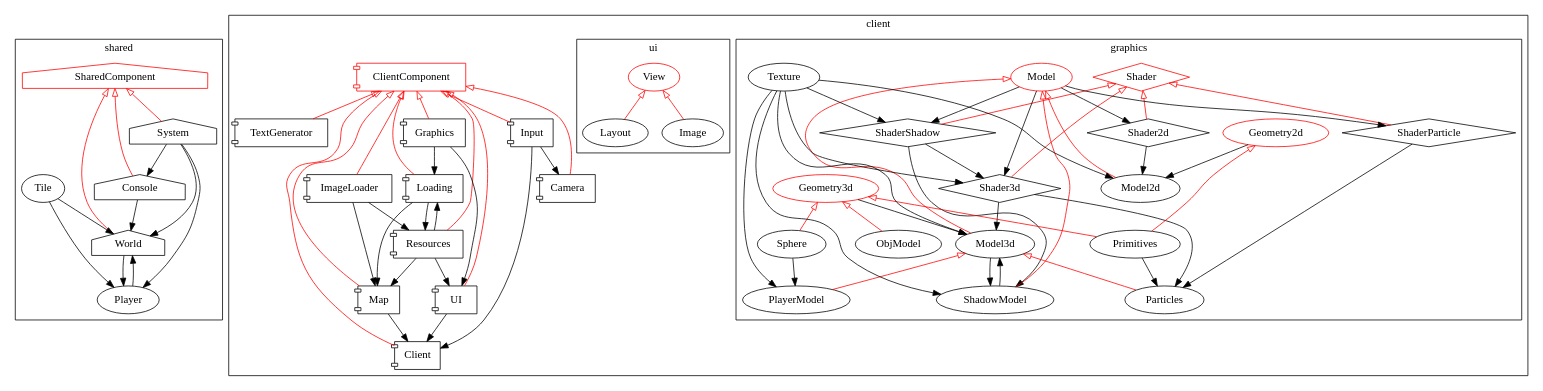
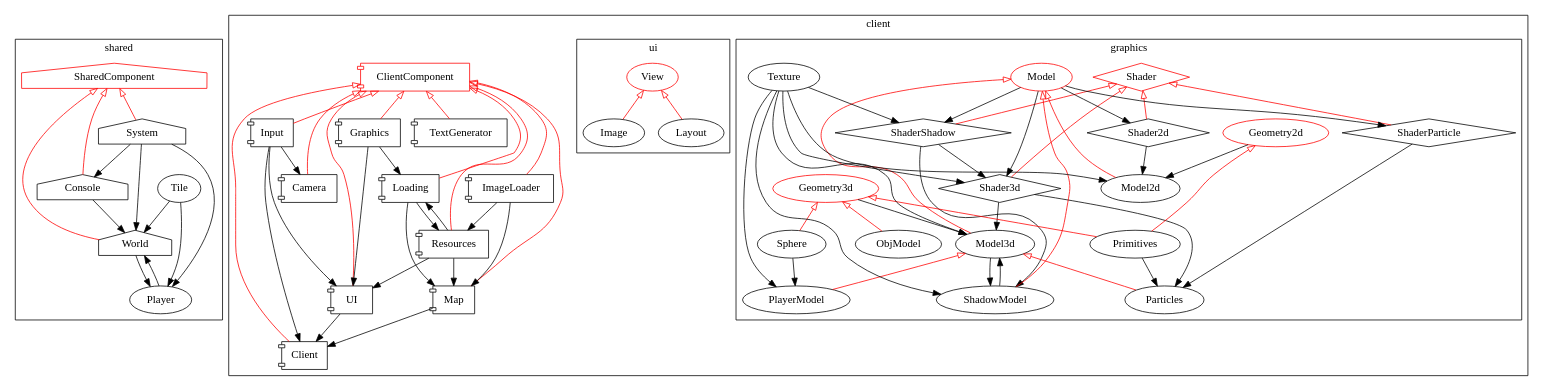
The diagram in graph.dot (AsGreyWolf/Teeworlds3d), drawn with Graphviz before and after one commit. The commit also changed 16 other files, not shown here.

```diff
--- a/graph.dot
+++ b/graph.dot
@@ -1,185 +1,186 @@
  digraph tee3d {
  	subgraph cluster_0 {
  		label="shared";
  		SharedComponent [shape=house color=red];
  		Console [shape=house];
 	 	System [shape=house];
 	 	World [shape=house];
 	 	Tile;
 	 	Player;
 		SharedComponent->Console[color=red arrowhead=none arrowtail=empty dir=back];
 		SharedComponent->System[color=red arrowhead=none arrowtail=empty dir=back];
 		SharedComponent->World[color=red arrowhead=none arrowtail=empty dir=back];
 		World->Player;
 		System->Player;
 		Tile->Player;
 		Player->World;
 		Tile->World;
 		Console->World;
 		System->World;
 		System->Console;
  	}
  	subgraph cluster_1 {
  		label="client";
 	 	ClientComponent [shape=component color=red];
 	 	Client [shape=component];
 	 	Graphics [shape=component];
 	 	Camera [shape=component];
 	 	Resources [shape=component];
 	 	Input [shape=component];
 	 	Map [shape=component];
 	 	TextGenerator [shape=component];
 	 	ImageLoader [shape=component];
 	 	Loading [shape=component];
 	 	UI [shape=component];
 
 		ClientComponent->Camera[color=red arrowhead=none arrowtail=empty dir=back];
 		ClientComponent->Client[color=red arrowhead=none arrowtail=empty dir=back];
 		ClientComponent->Graphics[color=red arrowhead=none arrowtail=empty dir=back];
 		ClientComponent->Resources[color=red arrowhead=none arrowtail=empty dir=back];
 		ClientComponent->Input[color=red arrowhead=none arrowtail=empty dir=back];
 		ClientComponent->Map[color=red arrowhead=none arrowtail=empty dir=back];
 		ClientComponent->TextGenerator[color=red arrowhead=none arrowtail=empty dir=back];
 		ClientComponent->ImageLoader[color=red arrowhead=none arrowtail=empty dir=back];
 		ClientComponent->Loading[color=red arrowhead=none arrowtail=empty dir=back];
 		ClientComponent->UI[color=red arrowhead=none arrowtail=empty dir=back];
 
 		Input->Client;
 		Input->Camera;
 		ImageLoader->Map;
 		ImageLoader->Resources->Map;
 		Loading->Map;
 		Loading->Resources;
 		Graphics->Loading;
 		Resources->Loading;
 		Graphics->UI;
 		Resources->UI;
+		Input->UI;
 		UI->Client;
 		Map->Client;
 
 	 	subgraph cluster_2 {
 	 		label="graphics";
 			Shader [shape=diamond color=red];
 			Shader3d [shape=diamond];
 			ShaderShadow [shape=diamond];
 			Shader2d [shape=diamond];
 			ShaderParticle [shape=diamond];
 			Model [color=red];
 			Geometry3d[color=red];
 			Geometry2d[color=red];
 			Model3d;
 			Model2d;
 			ShadowModel;
 			PlayerModel;
 			Particles;
 			ObjModel;
 			Primitives;
 			Sphere;
 			Texture;
 			Model->Model3d->PlayerModel[color=red arrowhead=none arrowtail=empty dir=back];
 			Model->ShadowModel[color=red arrowhead=none arrowtail=empty dir=back];
 			Model->Model2d[color=red arrowhead=none arrowtail=empty dir=back];
 			Shader->Shader3d[color=red arrowhead=none arrowtail=empty dir=back];
 			Shader->ShaderShadow[color=red arrowhead=none arrowtail=empty dir=back];
 			Shader->ShaderParticle[color=red arrowhead=none arrowtail=empty dir=back];
 			Shader->Shader2d[color=red arrowhead=none arrowtail=empty dir=back];
 			Geometry3d->ObjModel[color=red arrowhead=none arrowtail=empty dir=back];
 			Geometry3d->Primitives[color=red arrowhead=none arrowtail=empty dir=back];
 			Geometry3d->Sphere[color=red arrowhead=none arrowtail=empty dir=back];
 			Geometry2d->Primitives[color=red arrowhead=none arrowtail=empty dir=back];
 			Model3d->Particles[color=red arrowhead=none arrowtail=empty dir=back];
 
 			Shader3d->Model3d;
 			Texture->Model3d;
 			ShadowModel->Model3d;
 			Geometry3d->Model3d;
 			Shader2d->Model2d;
 			Texture->Model2d;
 			Geometry2d->Model2d;
 			Texture->PlayerModel;
 			Sphere->PlayerModel;
 			Model->Shader3d;
 			Texture->Shader3d;
 			ShaderShadow->Shader3d;
 			Model->Shader2d;
 			Texture->ShaderShadow;
 			Model->ShaderShadow;
 			Model->ShaderParticle;
 			Model3d->ShadowModel;
 			ShaderShadow->ShadowModel;
 			Texture->ShadowModel;
 			Shader3d->Particles;
 			ShaderParticle->Particles;
 			Primitives->Particles;
 	 	}
 	 	/*
 		Graphics->Model3d;
 		Graphics->Model2d;
 		Resources->PlayerModel;
 		Camera->Shader3d;
 		Graphics->Shader3d;
 		Graphics->Shader2d;
 		Shader->Graphics;
 		Camera->ShaderShadow;
 		Graphics->ShaderShadow;
 		Camera->ShaderParticle;
 		Graphics->ShaderParticle;
 		Loading->PlayerModel;
 
 		PlayerModel->Resources;
 		Texture->Resources;
 		Model3d->Resources;
 		Primitives->Resources;
 		ObjModel->Resources;
 		Model3d->Map;
 		PlayerModel->Map;
 		Primitives->Map;
 		Texture->TextGenerator;
 		Texture->ImageLoader;
 		Model2d->Loading;
 		Primitives->Loading;
 		*/
 		subgraph cluster_3 {
 			label="ui";
 			View[color=red];
 			Layout;
 			Image;
 			View->Layout[color=red arrowhead=none arrowtail=empty dir=back];
 			View->Image[color=red arrowhead=none arrowtail=empty dir=back];
 		}
 		/*
 		Texture->Image;
 		Model2d->Image;
 		Primitives->Image;
 
 		UI->View;
 
 		Layout->UI;
 		Image->UI;
 		*/
  	}
  	/*
 	SharedComponent->ClientComponent[color=red arrowhead=none arrowtail=empty dir=back];
 	System->Camera;
 	Map->Client;
 	Console->Client;
 	Console->Graphics;
 	System->Resources;
 	World->Map;
 	Tile->Map;
 	Console->TextGenerator;
 	System->TextGenerator;
 	Console->ImageLoader;
 	System->ImageLoader;
 	System->Loading;
 
 		Player->PlayerModel;
 		System->PlayerModel;
 		Console->Shader;
 		System->Shader;
 		System->Texture;
 		Graphics->Texture;
 		System->ObjModel;
 		System->ShaderParticle;
 		*/
 }
```
